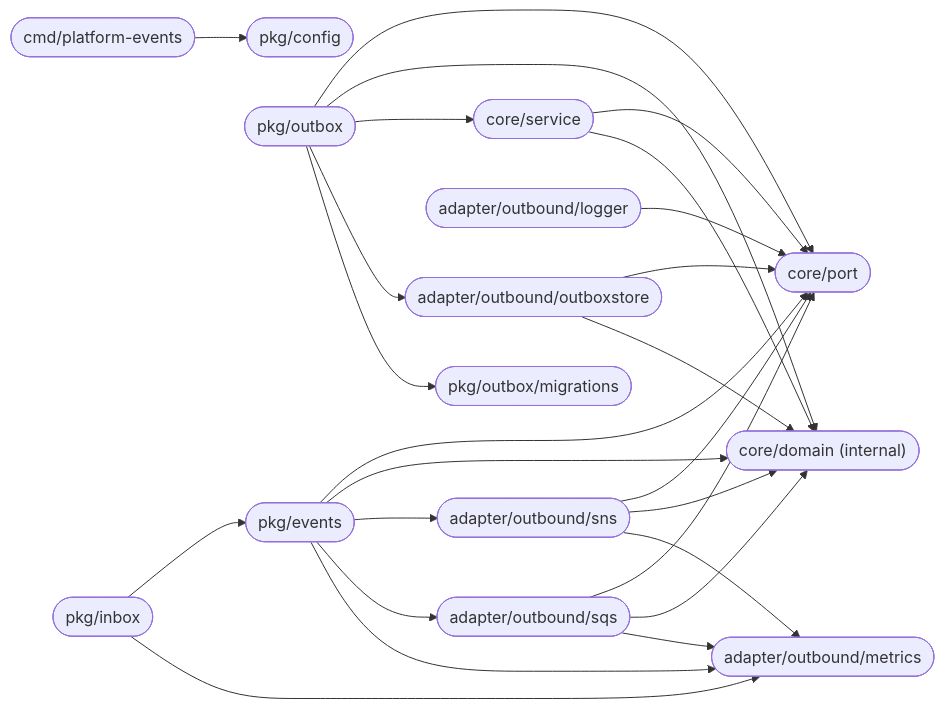
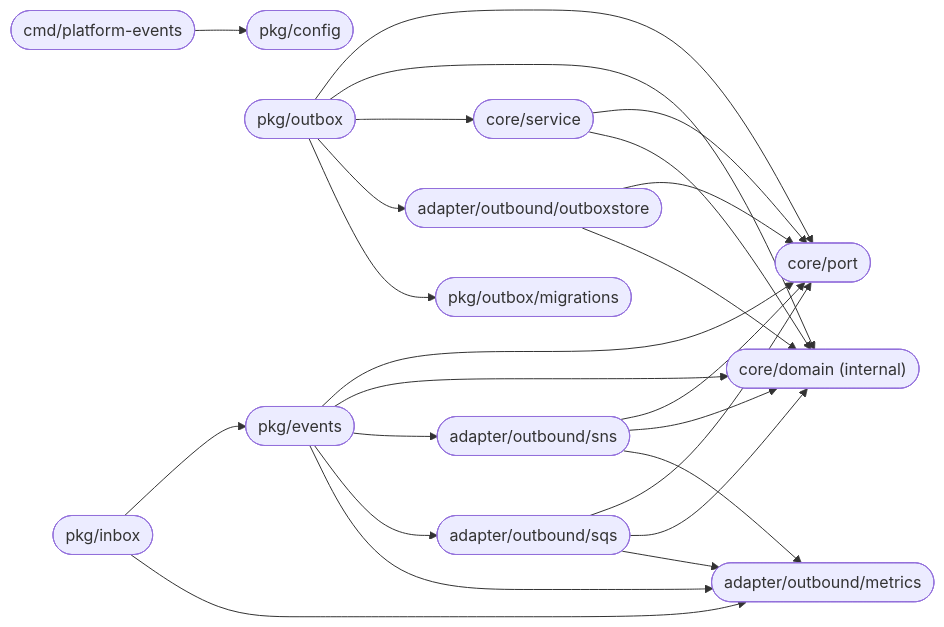
The diagram in docs/architecture/mermaid/package-dependencies.mmd (BCBP-SOLUTIONS-FZC-LLC/platform-events), drawn with Mermaid before and after one commit. The commit also changed 153 other files, not shown here.

```diff
--- a/docs/architecture/mermaid/package-dependencies.mmd
+++ b/docs/architecture/mermaid/package-dependencies.mmd
@@ -1,40 +1,38 @@
 graph LR
     cmd(["cmd/platform-events"])
     events_pkg(["pkg/events"])
     outbox_pkg(["pkg/outbox"])
     inbox_pkg(["pkg/inbox"])
     sns(["adapter/outbound/sns"])
     sqs(["adapter/outbound/sqs"])
     outboxstore(["adapter/outbound/outboxstore"])
     metrics(["adapter/outbound/metrics"])
-    logger(["adapter/outbound/logger"])
     service(["core/service"])
     port(["core/port"])
     domain(["core/domain  (internal)"])
     config(["pkg/config"])
     migs(["pkg/outbox/migrations"])
 
     cmd          --> config
     events_pkg   --> port
     events_pkg   --> domain
     events_pkg   --> sns
     events_pkg   --> sqs
     events_pkg   --> metrics
     inbox_pkg    --> events_pkg
     inbox_pkg    --> metrics
     outbox_pkg   --> port
     outbox_pkg   --> domain
     outbox_pkg   --> service
     outbox_pkg   --> outboxstore
     outbox_pkg   --> migs
     sns          --> port
     sns          --> domain
     sns          --> metrics
     sqs          --> port
     sqs          --> domain
     sqs          --> metrics
     outboxstore  --> port
     outboxstore  --> domain
-    logger       --> port
     service      --> port
     service      --> domain
```
